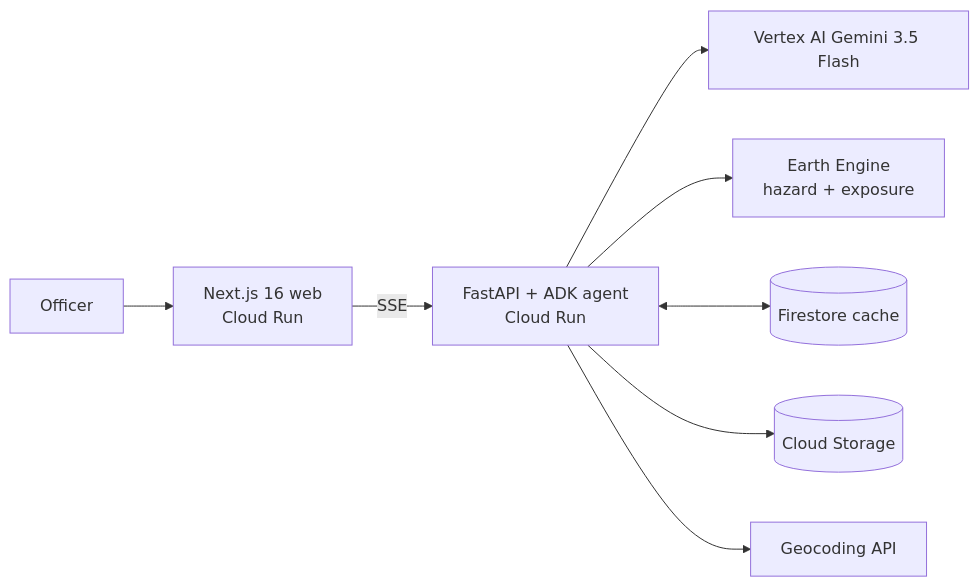
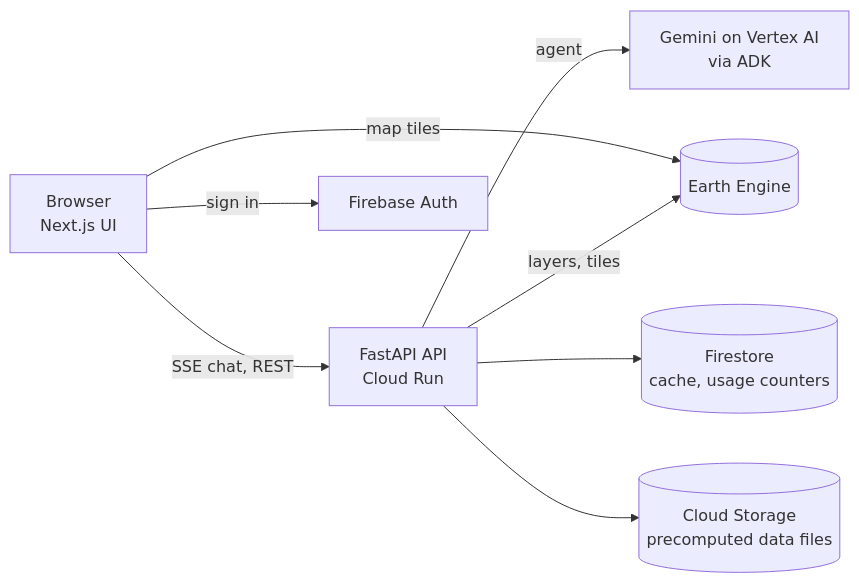
The diagram in README.md (Kamalh27/dnext), drawn with Mermaid before and after one commit. The commit also changed other lines of this file, not shown here.

Commit message:
README: focus on repo description and setup; remove demo, video and prize sections; update for DMR method and Firebase auth

````diff
--- a/README.md
+++ b/README.md
@@ -20,10 +25,10 @@
 ```mermaid
 flowchart LR
-  U[Officer] --> W[Next.js 16 web<br/>Cloud Run]
-  W -->|SSE| A[FastAPI + ADK agent<br/>Cloud Run]
-  A --> V[Vertex AI Gemini 3.5 Flash]
-  A --> EE[Earth Engine<br/>hazard + exposure]
-  A <--> FS[(Firestore cache)]
-  A --> GCS[(Cloud Storage)]
-  A --> GC[Geocoding API]
+  B[Browser<br/>Next.js UI] -->|SSE chat, REST| A[FastAPI API<br/>Cloud Run]
+  B -->|sign in| F[Firebase Auth]
+  B -->|map tiles| EE[(Earth Engine)]
+  A -->|agent| G[Gemini on Vertex AI<br/>via ADK]
+  A -->|layers, tiles| EE
+  A --> FS[(Firestore<br/>cache, usage counters)]
+  A --> GCS[(Cloud Storage<br/>precomputed data files)]
 ```
````
